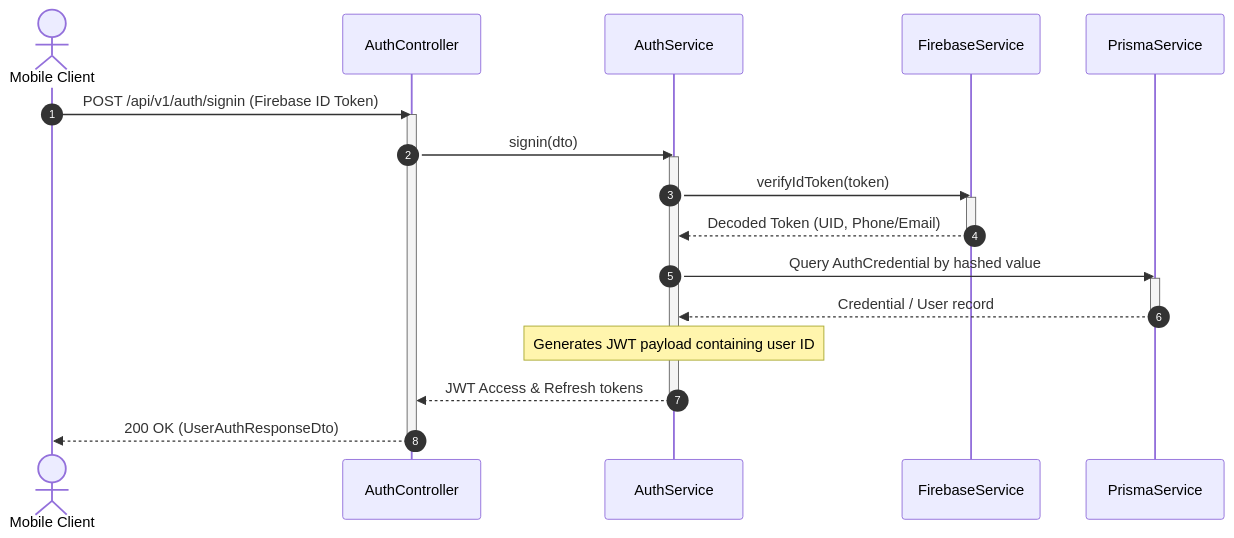
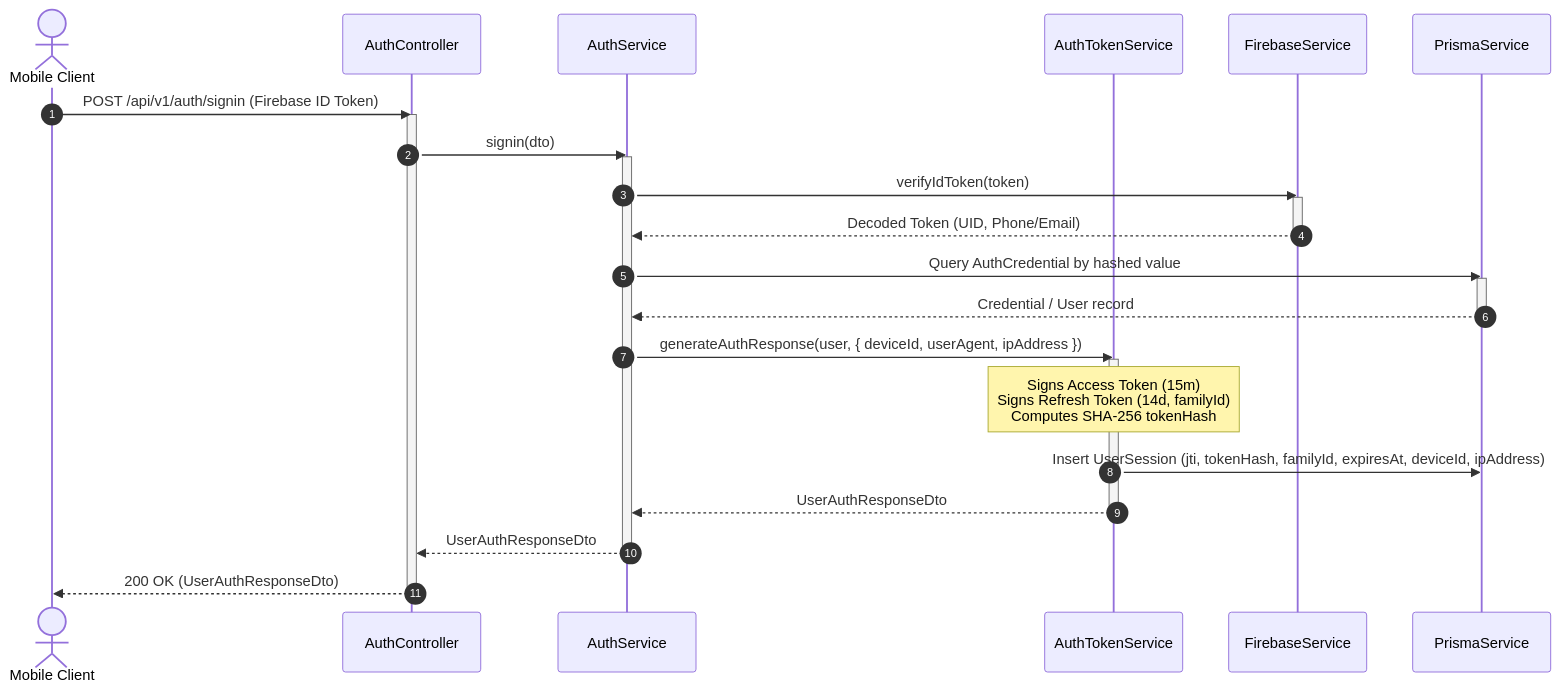
Before and after one commit to SaveSoulApp/Breathaway-Backend: the second of 5 diagrams in docs-site/docs/modules/auth.md, drawn with Mermaid. The commit also changed other lines of this file and 43 other files, not shown here.

First line of the commit message:
[Feature] Refresh tokens (#103)

````diff
--- a/docs-site/docs/modules/auth.md
+++ b/docs-site/docs/modules/auth.md
@@ -88,29 +180,36 @@
 ```mermaid
 sequenceDiagram
     autonumber
     actor Client as Mobile Client
     participant AuthC as AuthController
     participant AuthS as AuthService
+    participant TokenS as AuthTokenService
     participant Firebase as FirebaseService
     participant Prisma as PrismaService
 
     Client ->> AuthC: POST /api/v1/auth/signin (Firebase ID Token)
     activate AuthC
     AuthC ->> AuthS: signin(dto)
     activate AuthS
     AuthS ->> Firebase: verifyIdToken(token)
     activate Firebase
     Firebase -->> AuthS: Decoded Token (UID, Phone/Email)
     deactivate Firebase
 
     AuthS ->> Prisma: Query AuthCredential by hashed value
     activate Prisma
     Prisma -->> AuthS: Credential / User record
     deactivate Prisma
 
-    Note over AuthS: Generates JWT payload containing user ID
-    AuthS -->> AuthC: JWT Access & Refresh tokens
+    AuthS ->> TokenS: generateAuthResponse(user, { deviceId, userAgent, ipAddress })
+    activate TokenS
+    Note over TokenS: Signs Access Token (15m)<br/>Signs Refresh Token (14d, familyId)<br/>Computes SHA-256 tokenHash
+    TokenS ->> Prisma: Insert UserSession (jti, tokenHash, familyId, expiresAt, deviceId, ipAddress)
+    TokenS -->> AuthS: UserAuthResponseDto
+    deactivate TokenS
+
+    AuthS -->> AuthC: UserAuthResponseDto
     deactivate AuthS
     AuthC -->> Client: 200 OK (UserAuthResponseDto)
     deactivate AuthC
 ```
````
